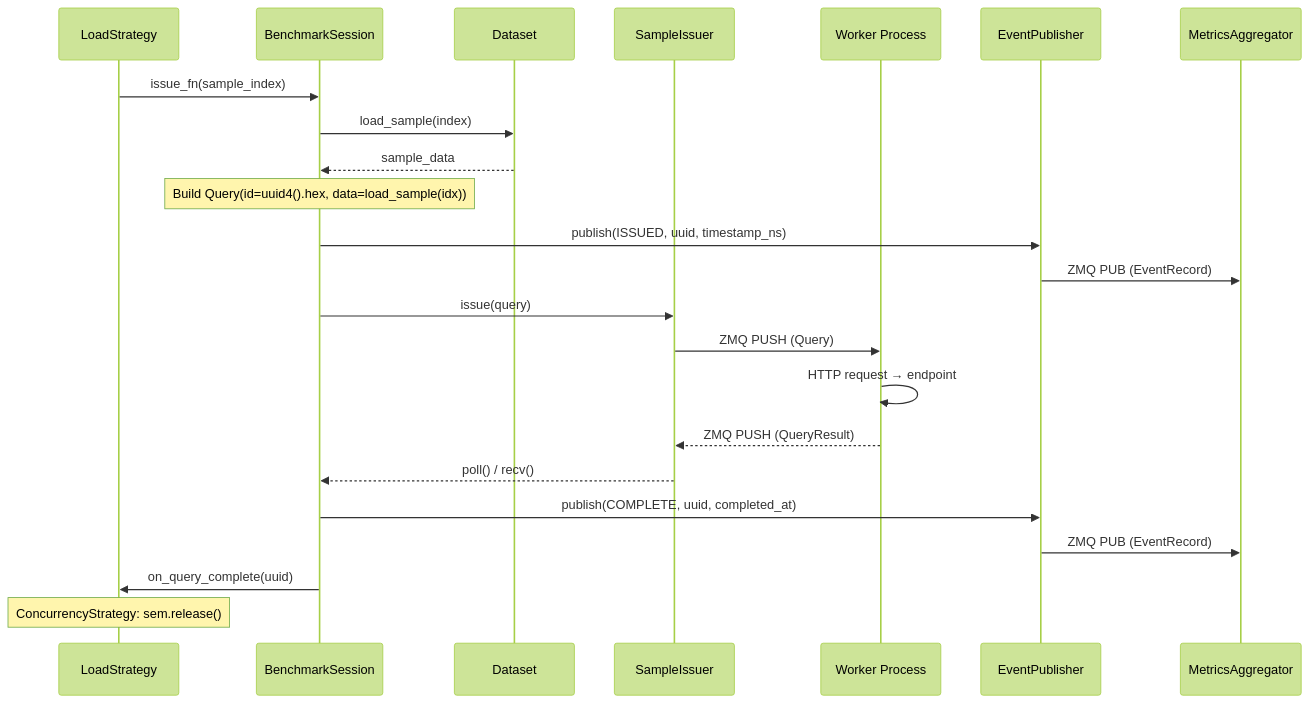
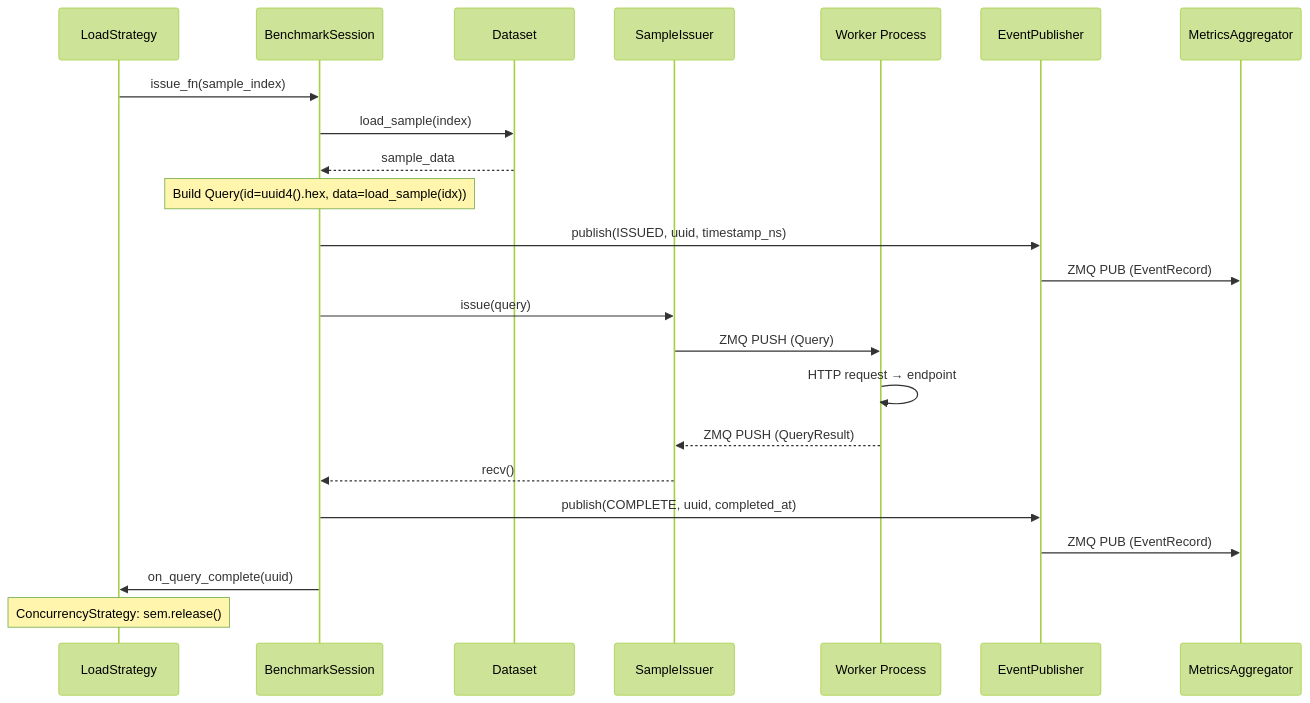
Before and after one commit to mlcommons/endpoints: the first of 5 diagrams in docs/load_generator/DESIGN.md, drawn with Mermaid (forest theme). The commit also changed other lines of this file and 13 other files, not shown here.

````diff
--- a/docs/load_generator/DESIGN.md
+++ b/docs/load_generator/DESIGN.md
@@ -494,26 +502,26 @@
 ```mermaid
 sequenceDiagram
     participant S as LoadStrategy
     participant B as BenchmarkSession
     participant D as Dataset
     participant I as SampleIssuer
     participant W as Worker Process
     participant E as EventPublisher
     participant M as MetricsAggregator
 
     S->>B: issue_fn(sample_index)
     B->>D: load_sample(index)
     D-->>B: sample_data
     Note over B: Build Query(id=uuid4().hex, data=load_sample(idx))
     B->>E: publish(ISSUED, uuid, timestamp_ns)
     E->>M: ZMQ PUB (EventRecord)
     B->>I: issue(query)
     I->>W: ZMQ PUSH (Query)
     W->>W: HTTP request → endpoint
     W-->>I: ZMQ PUSH (QueryResult)
-    I-->>B: poll() / recv()
+    I-->>B: recv()
     B->>E: publish(COMPLETE, uuid, completed_at)
     E->>M: ZMQ PUB (EventRecord)
     B->>S: on_query_complete(uuid)
     Note over S: ConcurrencyStrategy: sem.release()
 ```
````
